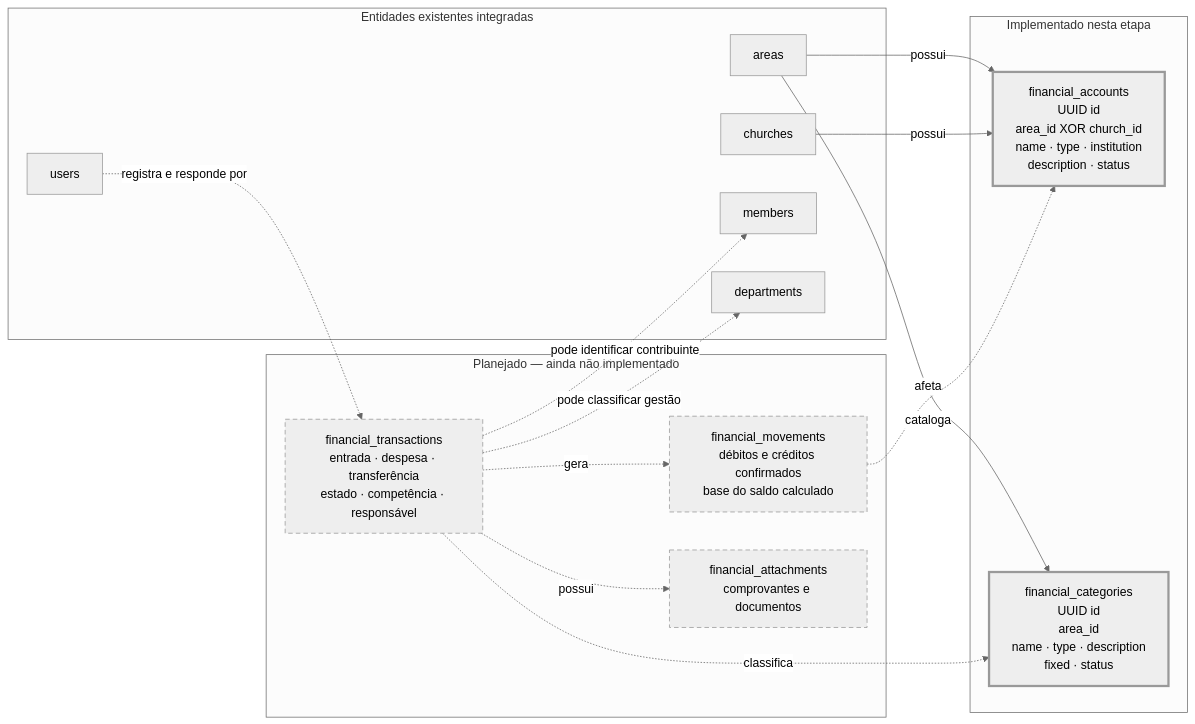
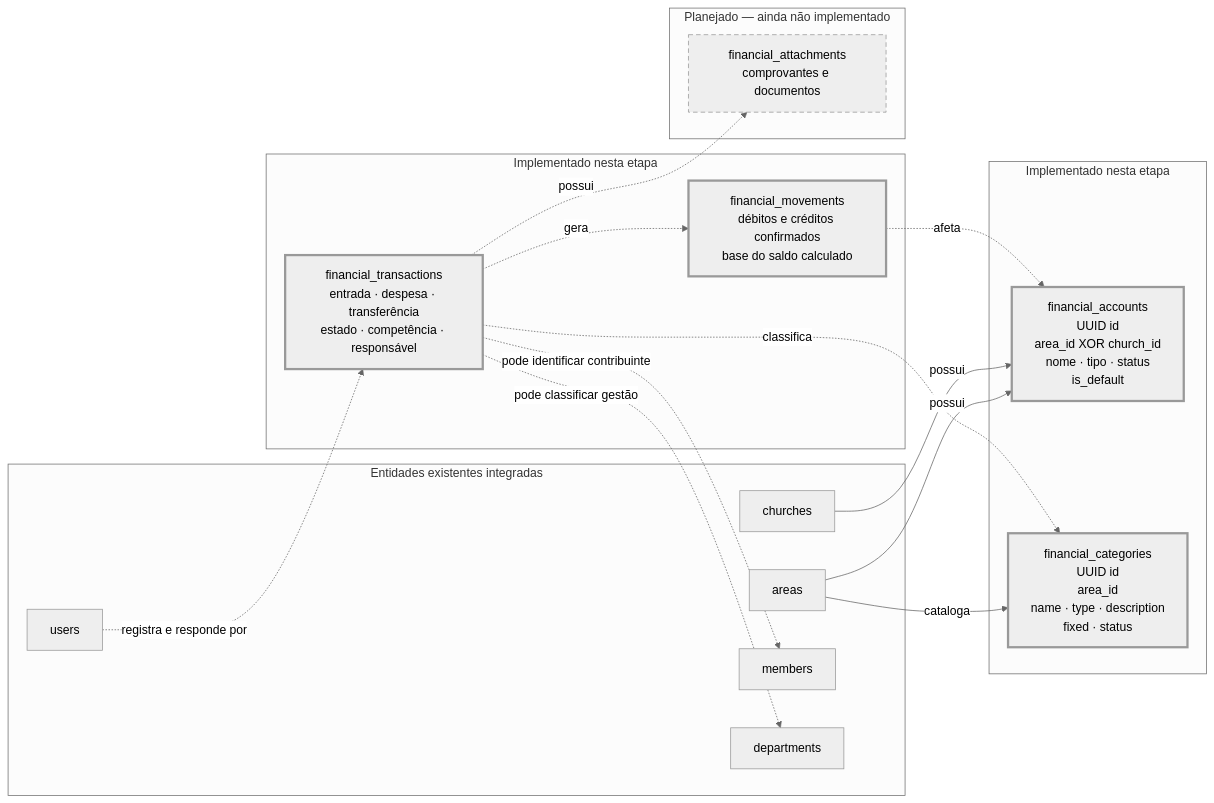
One commit to edenilsonmota/genesis changed the diagram in docs/finance/financial-domain-model.mmd. Above: the diagram before and after it, drawn with Mermaid (neutral theme). The commit also changed 53 other files, not shown here.

Commit message:
refactor(finance): simplify accounts and categories in transactions

```diff
--- a/docs/finance/financial-domain-model.mmd
+++ b/docs/finance/financial-domain-model.mmd
@@ -1,35 +1,38 @@
 flowchart LR
     subgraph IMPLEMENTADO[Implementado nesta etapa]
-        FINANCIAL_ACCOUNTS["financial_accounts<br/>UUID id<br/>area_id XOR church_id<br/>name · type · institution<br/>description · status"]
+        FINANCIAL_ACCOUNTS["financial_accounts<br/>UUID id<br/>area_id XOR church_id<br/>nome · tipo · status<br/>is_default"]
         FINANCIAL_CATEGORIES["financial_categories<br/>UUID id<br/>area_id<br/>name · type · description<br/>fixed · status"]
     end
 
     subgraph EXISTENTE[Entidades existentes integradas]
         AREAS[areas]
         CHURCHES[churches]
         USERS[users]
         MEMBERS[members]
         DEPARTMENTS[departments]
     end
 
-    subgraph PLANEJADO[Planejado — ainda não implementado]
+    subgraph IMPLEMENTADO_MOVEMENTS[Implementado nesta etapa]
         FINANCIAL_TRANSACTIONS["financial_transactions<br/>entrada · despesa · transferência<br/>estado · competência · responsável"]
         FINANCIAL_MOVEMENTS["financial_movements<br/>débitos e créditos confirmados<br/>base do saldo calculado"]
+    end
+
+    subgraph PLANEJADO[Planejado — ainda não implementado]
         FINANCIAL_ATTACHMENTS["financial_attachments<br/>comprovantes e documentos"]
     end
 
     AREAS -->|possui| FINANCIAL_ACCOUNTS
     CHURCHES -->|possui| FINANCIAL_ACCOUNTS
     AREAS -->|cataloga| FINANCIAL_CATEGORIES
     FINANCIAL_TRANSACTIONS -.->|classifica| FINANCIAL_CATEGORIES
     FINANCIAL_TRANSACTIONS -.->|gera| FINANCIAL_MOVEMENTS
     FINANCIAL_MOVEMENTS -.->|afeta| FINANCIAL_ACCOUNTS
     FINANCIAL_TRANSACTIONS -.->|pode identificar contribuinte| MEMBERS
     FINANCIAL_TRANSACTIONS -.->|pode classificar gestão| DEPARTMENTS
     USERS -.->|registra e responde por| FINANCIAL_TRANSACTIONS
     FINANCIAL_TRANSACTIONS -.->|possui| FINANCIAL_ATTACHMENTS
 
-    class FINANCIAL_ACCOUNTS,FINANCIAL_CATEGORIES implemented;
-    class FINANCIAL_TRANSACTIONS,FINANCIAL_MOVEMENTS,FINANCIAL_ATTACHMENTS planned;
+    class FINANCIAL_ACCOUNTS,FINANCIAL_CATEGORIES,FINANCIAL_TRANSACTIONS,FINANCIAL_MOVEMENTS implemented;
+    class FINANCIAL_ATTACHMENTS planned;
     classDef implemented stroke-width:3px;
     classDef planned stroke-dasharray:6 4;
```
